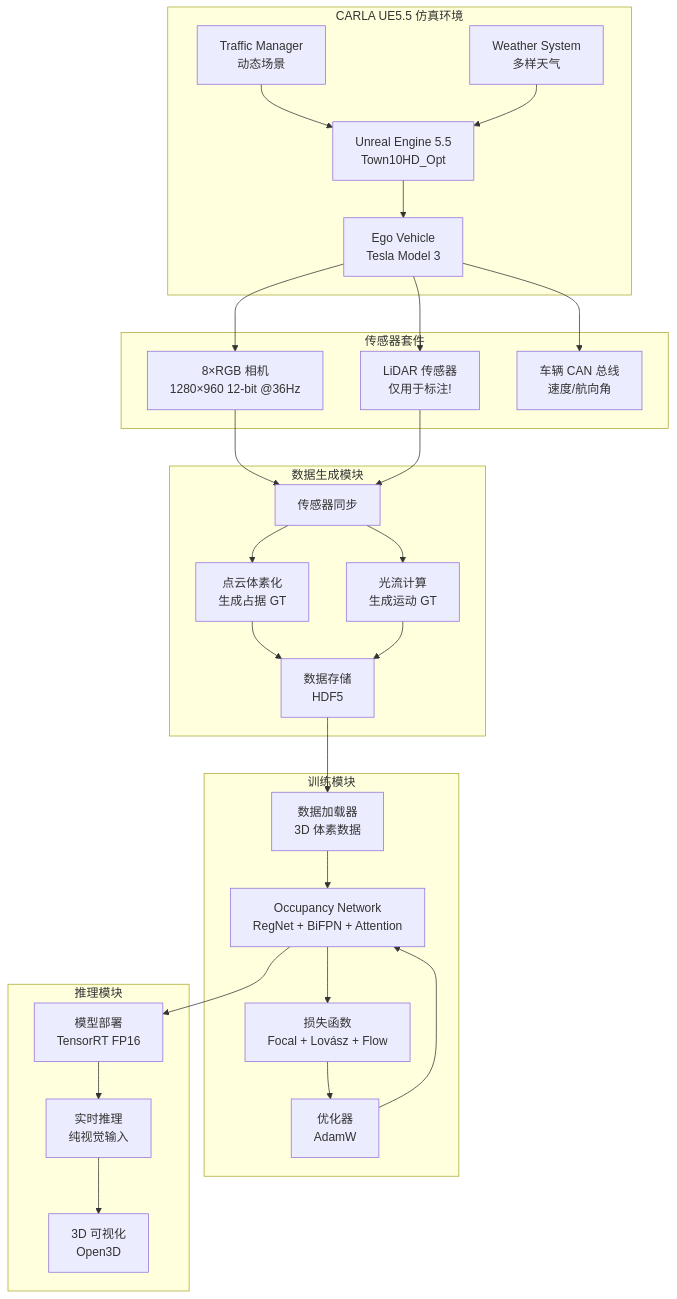
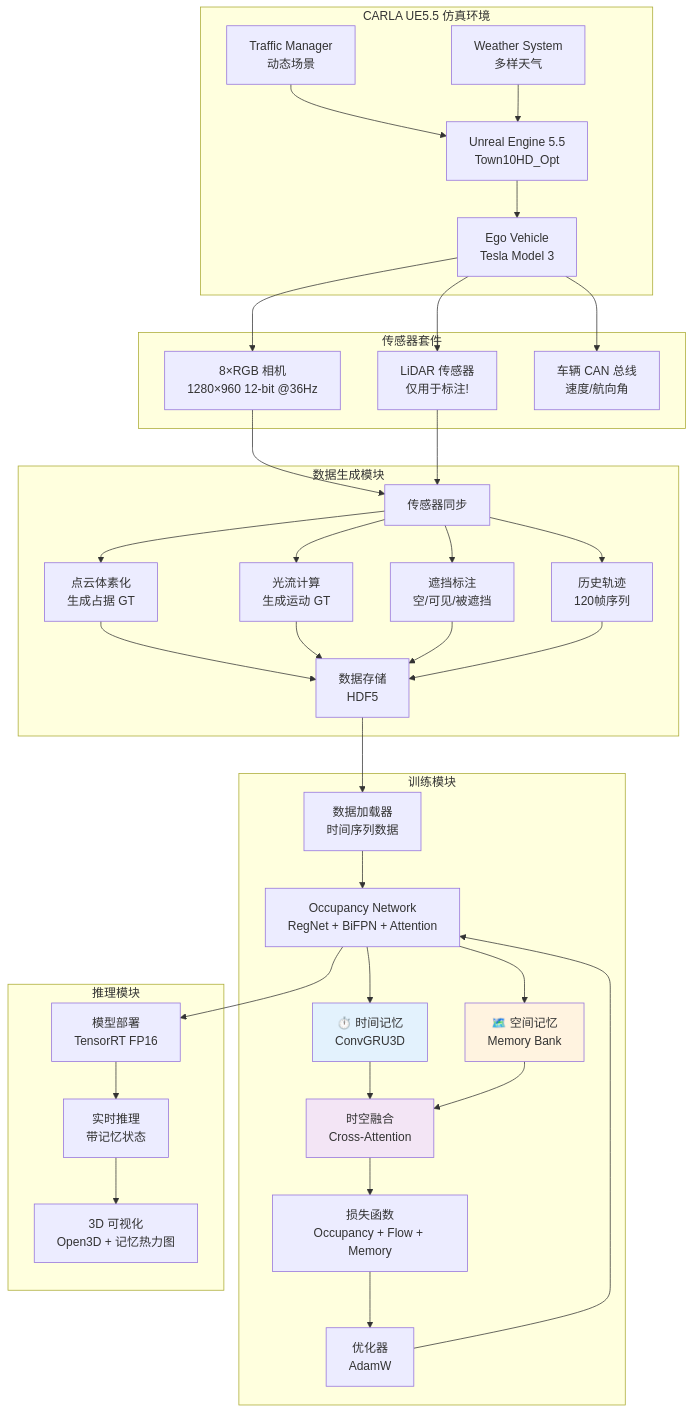
One commit to billsoft/carla changed the diagram in .trae/documents/Occupancy/Occupancy-Network训练实战指南-CARLA-UE5.md. Above: the diagram before and after it, drawn with Mermaid. The commit also changed other lines of this file and 3 other files, not shown here.

````diff
--- a/.trae/documents/Occupancy/Occupancy-Network训练实战指南-CARLA-UE5.md
+++ b/.trae/documents/Occupancy/Occupancy-Network训练实战指南-CARLA-UE5.md
@@ -77,55 +78,66 @@
 ```mermaid
 graph TB
     subgraph CARLA["CARLA UE5.5 仿真环境"]
         UE[Unreal Engine 5.5<br/>Town10HD_Opt]
         VEHICLE[Ego Vehicle<br/>Tesla Model 3]
         TRAFFIC[Traffic Manager<br/>动态场景]
         WEATHER[Weather System<br/>多样天气]
     end
 
     subgraph Sensors["传感器套件"]
         CAM[8×RGB 相机<br/>1280×960 12-bit @36Hz]
         LIDAR[LiDAR 传感器<br/>仅用于标注!]
         VEH[车辆 CAN 总线<br/>速度/航向角]
     end
 
     subgraph DataGen["数据生成模块"]
         SYNC[传感器同步]
         VOXEL[点云体素化<br/>生成占据 GT]
         FLOW[光流计算<br/>生成运动 GT]
+        OCCL[遮挡标注<br/>空/可见/被遮挡]
+        TRAJ[历史轨迹<br/>120帧序列]
         SAVE[数据存储<br/>HDF5]
     end
 
     subgraph Training["训练模块"]
-        LOADER[数据加载器<br/>3D 体素数据]
+        LOADER[数据加载器<br/>时间序列数据]
         MODEL[Occupancy Network<br/>RegNet + BiFPN + Attention]
-        LOSS[损失函数<br/>Focal + Lovász + Flow]
+        TMEM[⏱️ 时间记忆<br/>ConvGRU3D]
+        SMEM[🗺️ 空间记忆<br/>Memory Bank]
+        FUSION[时空融合<br/>Cross-Attention]
+        LOSS[损失函数<br/>Occupancy + Flow + Memory]
         OPT[优化器<br/>AdamW]
     end
 
     subgraph Inference["推理模块"]
         DEPLOY[模型部署<br/>TensorRT FP16]
-        REALTIME[实时推理<br/>纯视觉输入]
-        VIZ[3D 可视化<br/>Open3D]
+        REALTIME[实时推理<br/>带记忆状态]
+        VIZ[3D 可视化<br/>Open3D + 记忆热力图]
     end
 
     UE --> VEHICLE
     TRAFFIC --> UE
     WEATHER --> UE
 
     VEHICLE --> CAM & LIDAR & VEH
 
     CAM & LIDAR --> SYNC
-    SYNC --> VOXEL & FLOW
-    VOXEL & FLOW --> SAVE
+    SYNC --> VOXEL & FLOW & OCCL & TRAJ
+    VOXEL & FLOW & OCCL & TRAJ --> SAVE
 
     SAVE --> LOADER
     LOADER --> MODEL
-    MODEL --> LOSS
+    MODEL --> TMEM & SMEM
+    TMEM & SMEM --> FUSION
+    FUSION --> LOSS
     LOSS --> OPT
     OPT --> MODEL
 
     MODEL --> DEPLOY
     DEPLOY --> REALTIME
     REALTIME --> VIZ
+
+    style TMEM fill:#e3f2fd
+    style SMEM fill:#fff3e0
+    style FUSION fill:#f3e5f5
 ```
````
